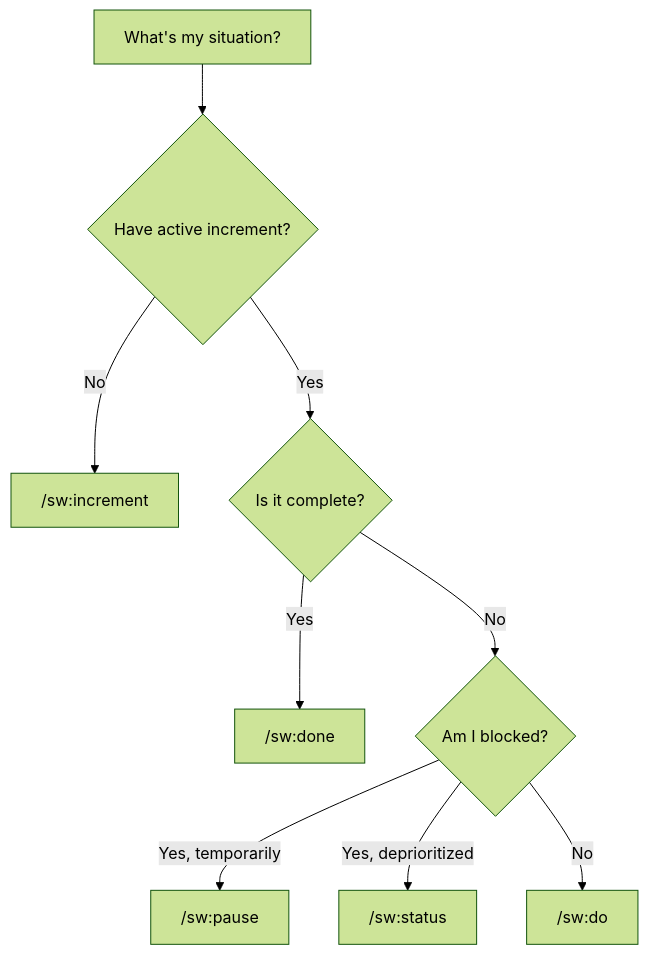
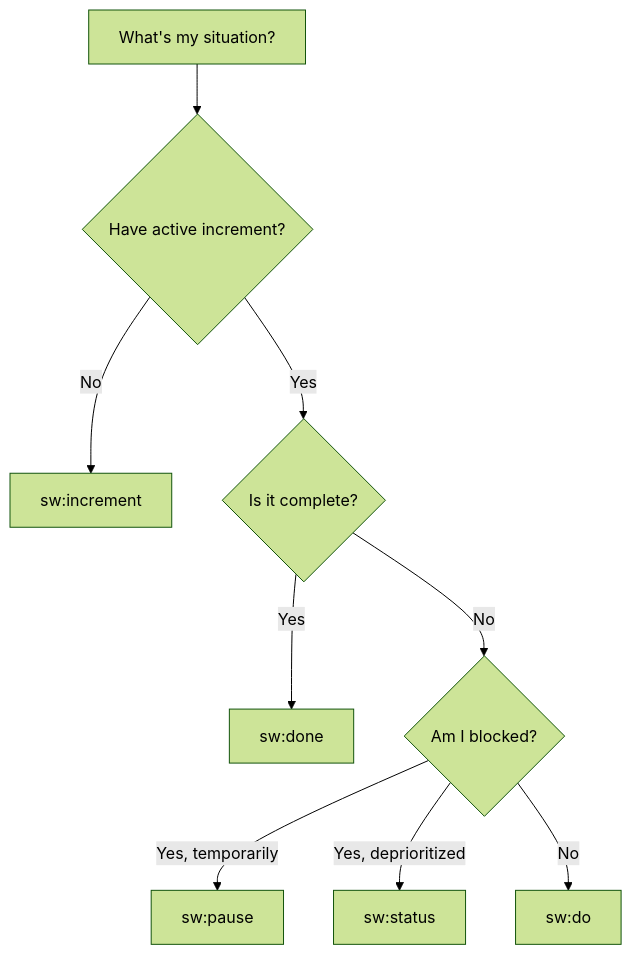
One commit to anton-abyzov/specweave changed the first of 2 diagrams in docs-site/docs/reference/command-decision-tree.md. Above: the diagram before and after it, drawn with Mermaid (forest theme). The commit also changed other lines of this file and 328 other files, not shown here.

````diff
--- a/docs-site/docs/reference/command-decision-tree.md
+++ b/docs-site/docs/reference/command-decision-tree.md
@@ -34,11 +34,11 @@
 ```mermaid
 flowchart TD
     A[What's my situation?] --> B{Have active increment?}
-    B -->|No| C["/sw:increment"]
+    B -->|No| C["sw:increment"]
     B -->|Yes| D{Is it complete?}
-    D -->|Yes| E["/sw:done"]
+    D -->|Yes| E["sw:done"]
     D -->|No| F{Am I blocked?}
-    F -->|Yes, temporarily| G["/sw:pause"]
-    F -->|Yes, deprioritized| H["/sw:status"]
-    F -->|No| I["/sw:do"]
+    F -->|Yes, temporarily| G["sw:pause"]
+    F -->|Yes, deprioritized| H["sw:status"]
+    F -->|No| I["sw:do"]
 ```
````
